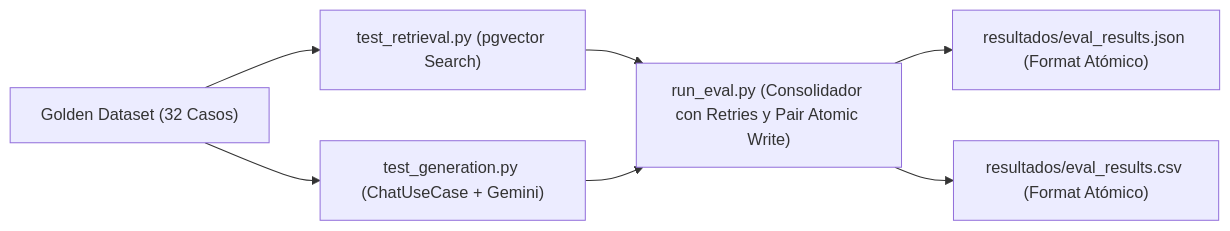
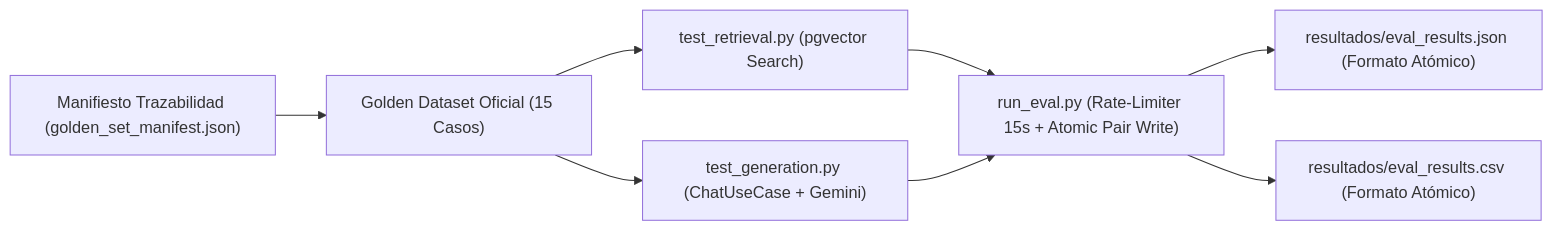
One commit to Tomioka1809/Tutoria-IA changed the diagram in documentacion/05_banco_pruebas.md. Above: the diagram before and after it, drawn with Mermaid. The commit also changed other lines of this file and 2 other files, not shown here.

````diff
--- a/documentacion/05_banco_pruebas.md
+++ b/documentacion/05_banco_pruebas.md
@@ -17,9 +17,10 @@
 ```mermaid
 graph LR
-    GoldenSet["Golden Dataset (32 Casos)"] --> TestRetrieval["test_retrieval.py (pgvector Search)"]
+    Manifest["Manifiesto Trazabilidad (golden_set_manifest.json)"] --> GoldenSet["Golden Dataset Oficial (15 Casos)"]
+    GoldenSet --> TestRetrieval["test_retrieval.py (pgvector Search)"]
     GoldenSet --> TestGeneration["test_generation.py (ChatUseCase + Gemini)"]
-    TestRetrieval --> RunEval["run_eval.py (Consolidador con Retries y Pair Atomic Write)"]
+    TestRetrieval --> RunEval["run_eval.py (Rate-Limiter 15s + Atomic Pair Write)"]
     TestGeneration --> RunEval
-    RunEval --> ExportJSON["resultados/eval_results.json (Format Atómico)"]
-    RunEval --> ExportCSV["resultados/eval_results.csv (Format Atómico)"]
+    RunEval --> ExportJSON["resultados/eval_results.json (Formato Atómico)"]
+    RunEval --> ExportCSV["resultados/eval_results.csv (Formato Atómico)"]
 ```
````
